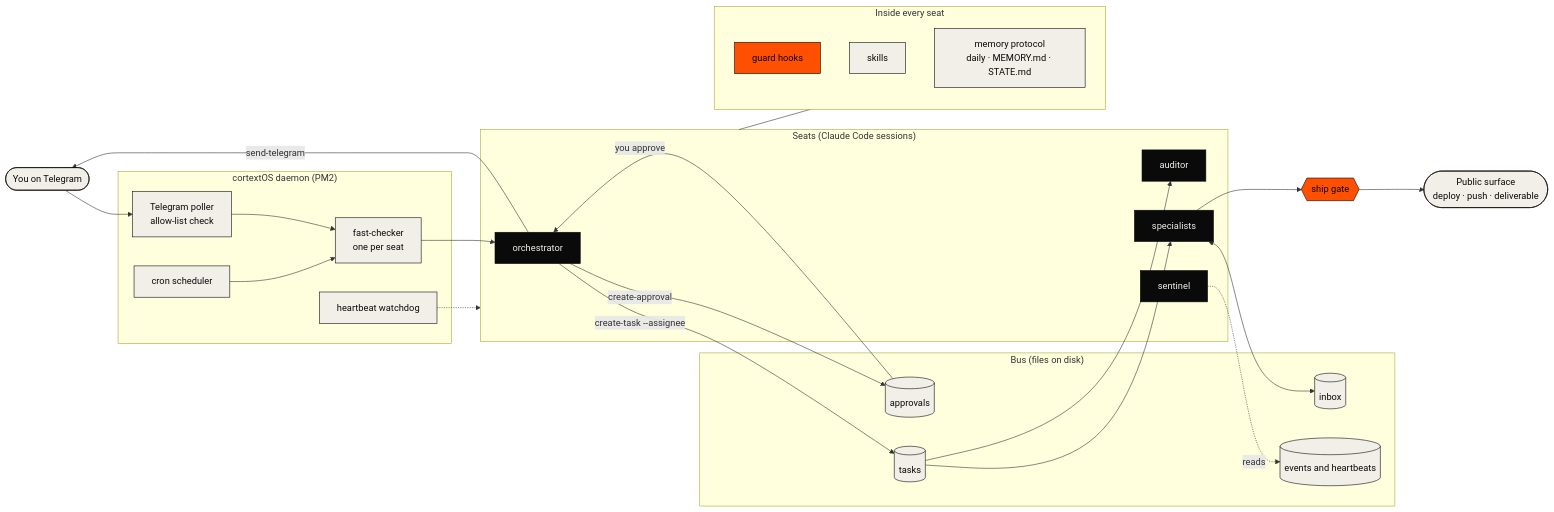
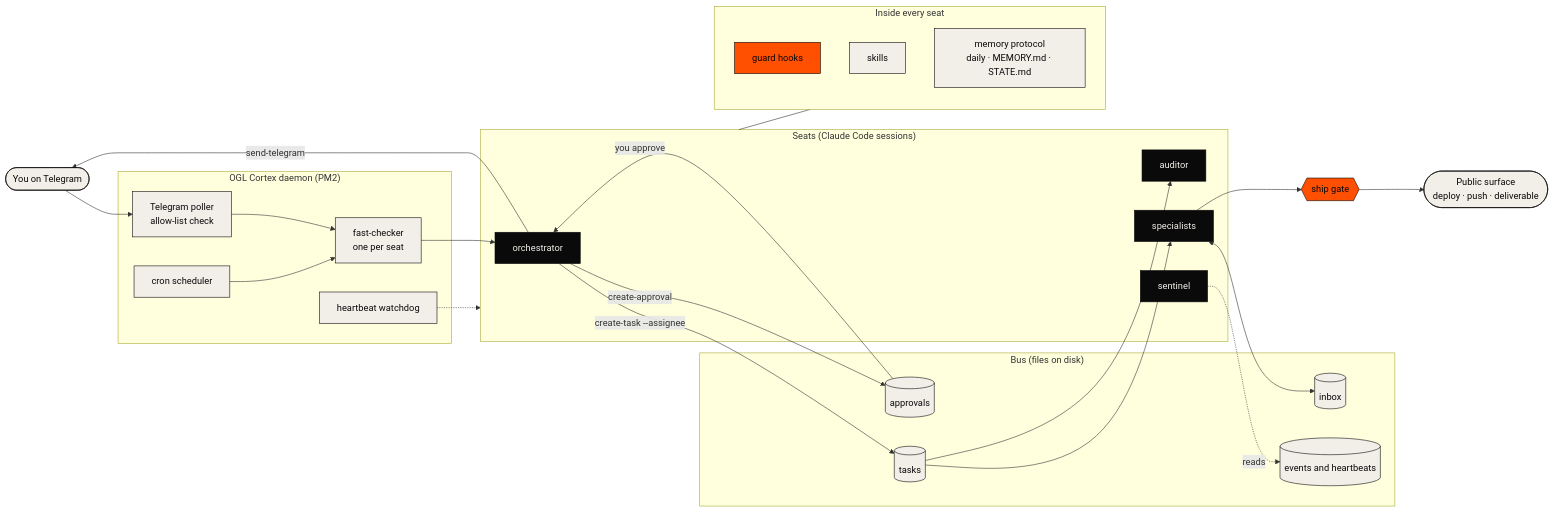
Before and after one commit to nicoreincarnate-oss/ogl-cortex: the diagram in README.md, drawn with Mermaid. The commit also changed other lines of this file and 88 other files, not shown here.

First line of the commit message:
Rename to OGL Cortex, memory architecture doc, harness tools, path consistency

````diff
--- a/README.md
+++ b/README.md
@@ -92,55 +96,55 @@
 ```mermaid
 flowchart LR
   you(["You on Telegram"])
 
-  subgraph daemon["cortextOS daemon (PM2)"]
+  subgraph daemon["OGL Cortex daemon (PM2)"]
     poll["Telegram poller<br/>allow-list check"]
     fc["fast-checker<br/>one per seat"]
     cron["cron scheduler"]
     wd["heartbeat watchdog"]
   end
 
   subgraph bus["Bus (files on disk)"]
     tasks[("tasks")]
     inbox[("inbox")]
     appr[("approvals")]
     ev[("events and heartbeats")]
   end
 
   subgraph seats["Seats (Claude Code sessions)"]
     orch["orchestrator"]
     spec["specialists"]
     aud["auditor"]
     sent["sentinel"]
   end
 
   subgraph seat["Inside every seat"]
     hooks["guard hooks"]
     skills["skills"]
     mem["memory protocol<br/>daily · MEMORY.md · STATE.md"]
   end
 
   gate{{"ship gate"}}
   out(["Public surface<br/>deploy · push · deliverable"])
 
   you --> poll --> fc --> orch
   cron --> fc
   wd -.-> seats
   orch -- "create-task --assignee" --> tasks
   tasks --> spec
   tasks --> aud
   spec <--> inbox
   orch -- "create-approval" --> appr
   appr -- "you approve" --> orch
   seats --- seat
   spec --> gate --> out
   sent -. "reads" .-> ev
   orch -- "send-telegram" --> you
 
   classDef ink fill:#0A0A0A,stroke:#0A0A0A,color:#F2EFE9
   classDef leap fill:#FF4F00,stroke:#0A0A0A,color:#0A0A0A
   classDef paper fill:#F2EFE9,stroke:#0A0A0A,color:#0A0A0A
   class orch,spec,aud,sent ink
   class gate,hooks leap
   class you,out,poll,fc,cron,wd,tasks,inbox,appr,ev,skills,mem paper
 ```
````
